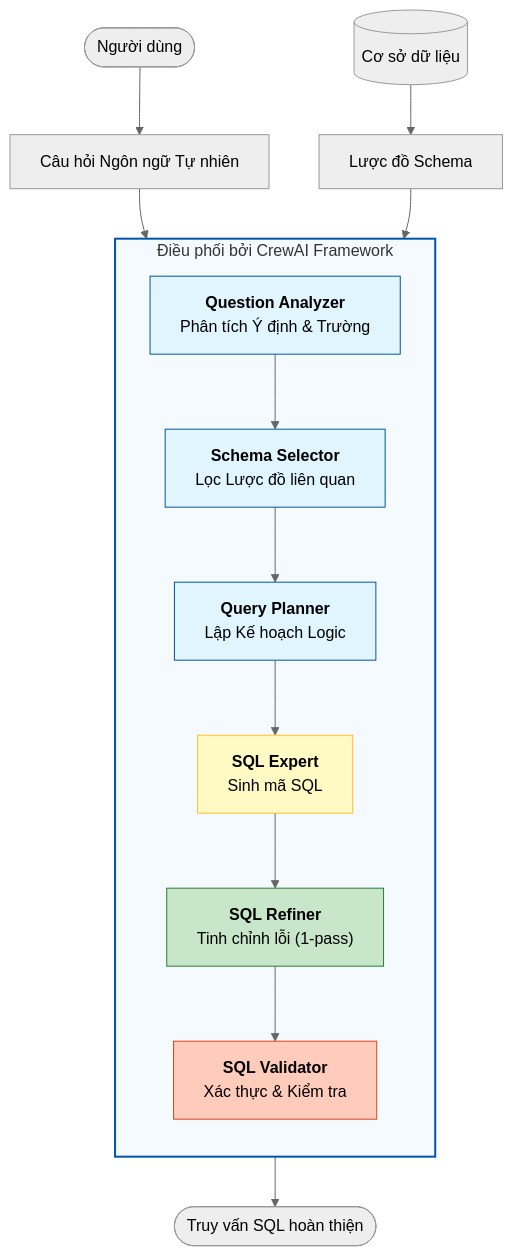
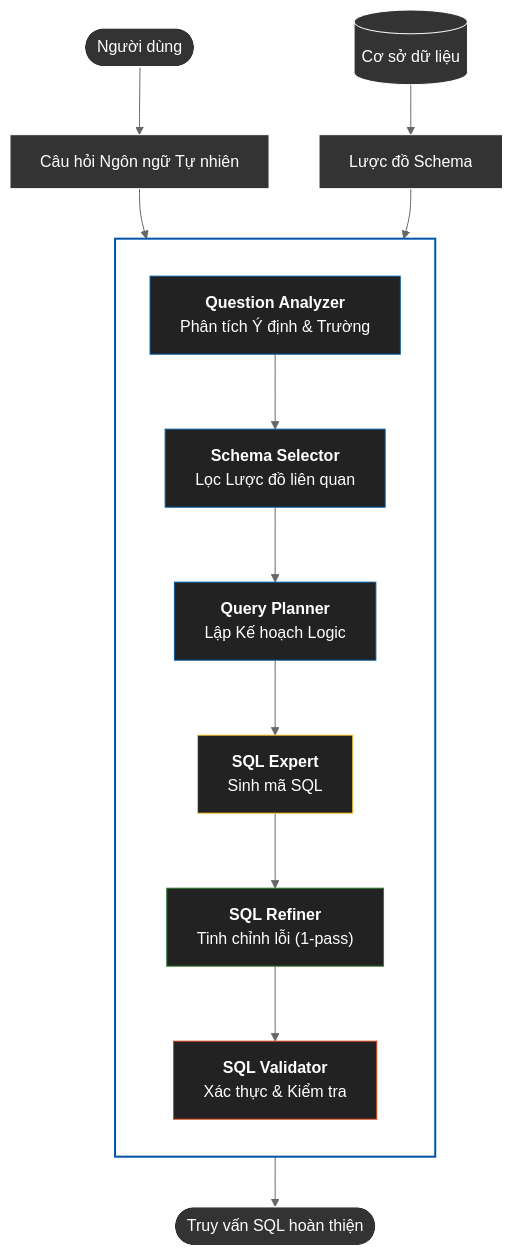
The first of 5 diagrams in complete_paper_combined_vi.md (thanhmiyata/luan-van-tot-nghiep), drawn with Mermaid (neutral theme) before and after one commit. The commit also changed other lines of this file, not shown here.

````diff
--- a/complete_paper_combined_vi.md
+++ b/complete_paper_combined_vi.md
@@ -170,32 +170,40 @@
 ```mermaid
 graph TD
-    User([Người dùng]) --> Q[Câu hỏi Ngôn ngữ Tự nhiên]
-    DB[(Cơ sở dữ liệu)] --> S[Lược đồ Schema]
+    User([Người dùng]) --> Q["Câu hỏi Ngôn ngữ Tự nhiên"]
+    DB[(Cơ sở dữ liệu)] --> S["Lược đồ Schema"]
     
-    subgraph CrewAI["Điều phối bởi CrewAI Framework"]
+    subgraph CrewAI ["Điều phối bởi CrewAI Framework"]
         direction TB
         A1["<b>Question Analyzer</b><br/>Phân tích Ý định & Trường"]
         A2["<b>Schema Selector</b><br/>Lọc Lược đồ liên quan"]
         A3["<b>Query Planner</b><br/>Lập Kế hoạch Logic"]
         A4["<b>SQL Expert</b><br/>Sinh mã SQL"]
         A5["<b>SQL Refiner</b><br/>Tinh chỉnh lỗi (1-pass)"]
         A6["<b>SQL Validator</b><br/>Xác thực & Kiểm tra"]
     end
     
     Q --> A1
     S --> A1
     A1 --> A2
     A2 --> A3
     A3 --> A4
     A4 --> A5
     A5 --> A6
     A6 --> FinalSQL([Truy vấn SQL hoàn thiện])
 
-    style CrewAI fill:#f5faff,stroke:#0055aa,stroke-width:2px
-    style A1 fill:#e1f5fe,stroke:#01579b
-    style A2 fill:#e1f5fe,stroke:#01579b
-    style A3 fill:#e1f5fe,stroke:#01579b
-    style A4 fill:#fff9c4,stroke:#fbc02d
-    style A5 fill:#c8e6c9,stroke:#2e7d32
-    style A6 fill:#ffccbc,stroke:#d84315
+    %% Cải thiện độ tương phản: Nền tối, chữ trắng, viền có màu
+    style CrewAI fill:transparent,stroke:#0055aa,stroke-width:2px,color:#fff
+    style A1 fill:#222,stroke:#01579b,color:#fff
+    style A2 fill:#222,stroke:#01579b,color:#fff
+    style A3 fill:#222,stroke:#01579b,color:#fff
+    style A4 fill:#222,stroke:#fbc02d,color:#fff
+    style A5 fill:#222,stroke:#2e7d32,color:#fff
+    style A6 fill:#222,stroke:#d84315,color:#fff
+    
+    %% Các node ngoài
+    style User fill:#333,stroke:#fff,color:#fff
+    style DB fill:#333,stroke:#fff,color:#fff
+    style Q fill:#333,stroke:#fff,color:#fff
+    style S fill:#333,stroke:#fff,color:#fff
+    style FinalSQL fill:#333,stroke:#fff,color:#fff
 ```
````
